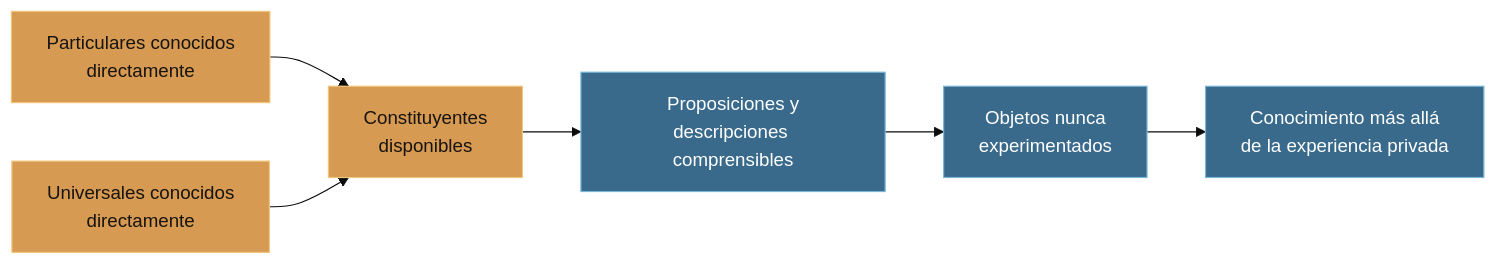
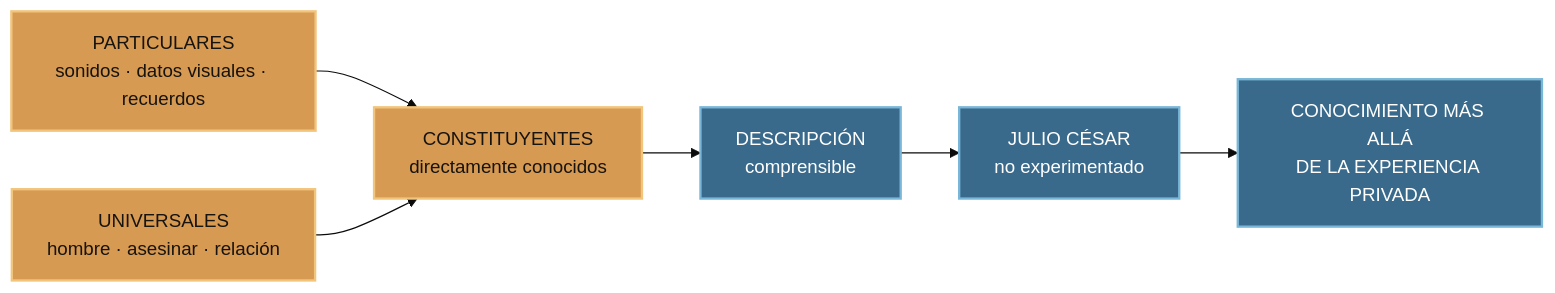
Before and after one commit to stevenvo780/russell-conocimiento-directo: the seventh of 8 diagrams in Capitulo5.md, drawn with Mermaid (base theme). The commit also changed other lines of this file and 10 other files, not shown here.

````diff
--- a/Capitulo5.md
+++ b/Capitulo5.md
@@ -381,13 +620,13 @@
 ```mermaid
 flowchart LR
-    P["Particulares conocidos<br/>directamente"] --> C["Constituyentes<br/>disponibles"]
-    U["Universales conocidos<br/>directamente"] --> C
-    C --> S["Proposiciones y<br/>descripciones comprensibles"]
-    S --> O["Objetos nunca<br/>experimentados"]
-    O --> A["Conocimiento más allá<br/>de la experiencia privada"]
+    P["PARTICULARES<br/>sonidos · datos visuales · recuerdos"] --> C["CONSTITUYENTES<br/>directamente conocidos"]
+    U["UNIVERSALES<br/>hombre · asesinar · relación"] --> C
+    C --> D["DESCRIPCIÓN<br/>comprensible"]
+    D --> J["JULIO CÉSAR<br/>no experimentado"]
+    J --> M["CONOCIMIENTO MÁS ALLÁ<br/>DE LA EXPERIENCIA PRIVADA"]
 
-    classDef direct fill:#d69a52,color:#17130f,stroke:#f2c57c;
-    classDef reference fill:#396a8b,color:#fff,stroke:#79b6d8;
-    class P,U,C direct;
-    class S,O,A reference;
+    classDef directo fill:#d69a52,color:#17130f,stroke:#f2c57c,stroke-width:2px;
+    classDef referencia fill:#396a8b,color:#fff,stroke:#79b6d8,stroke-width:2px;
+    class P,U,C directo;
+    class D,J,M referencia;
 ```
````
